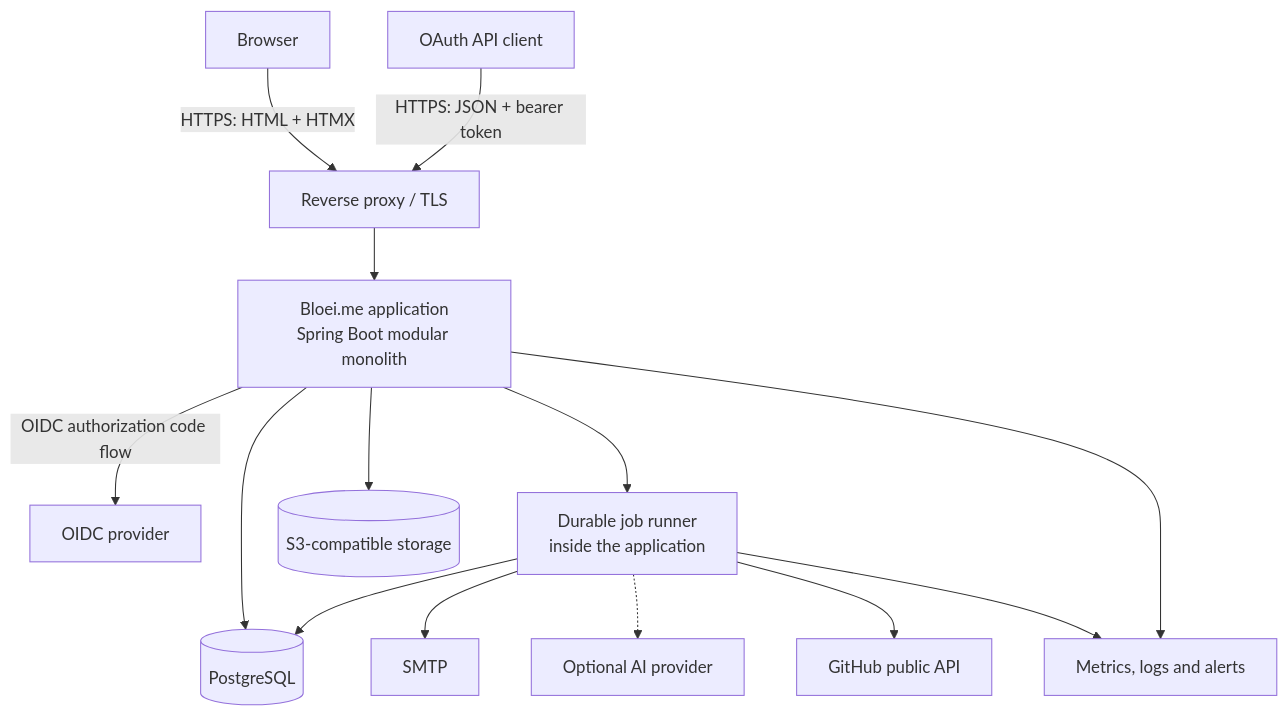
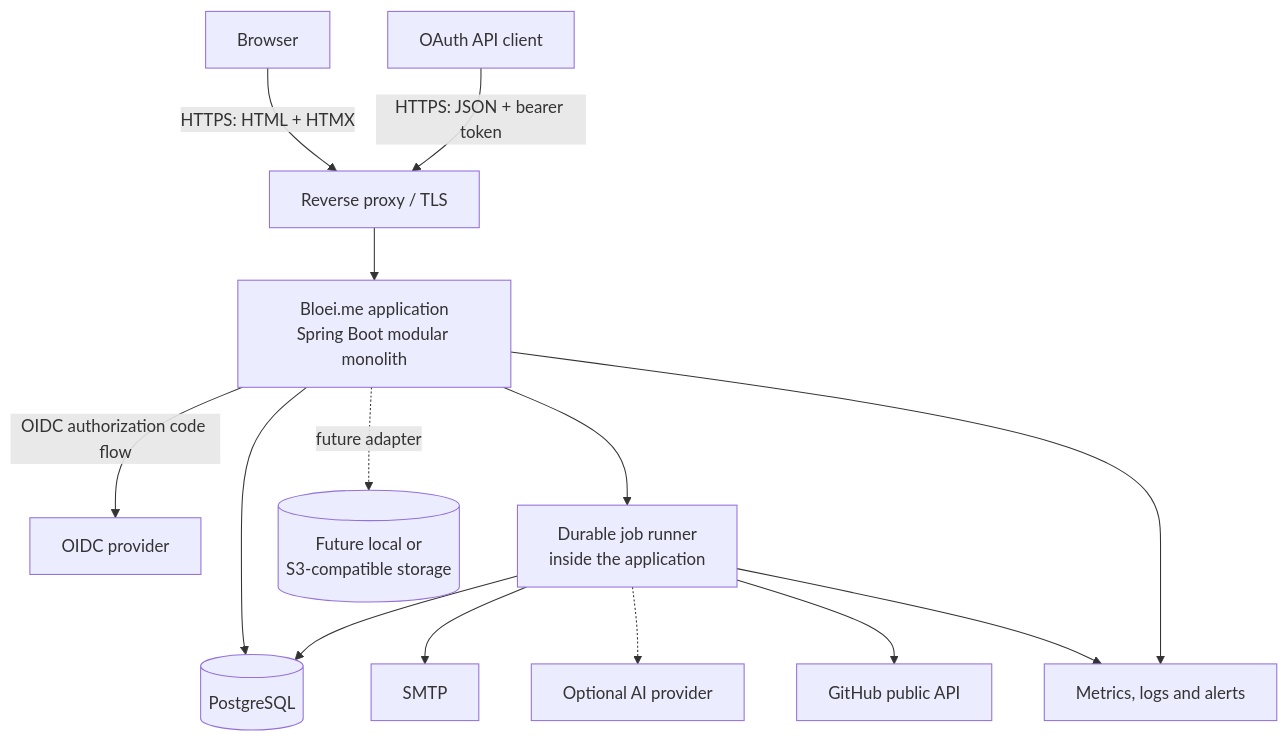
One commit to sdegroot/bloei.me changed the second of 6 diagrams in solution-architecture.md. Above: the diagram before and after it, drawn with Mermaid. The commit also changed other lines of this file and 8 other files, not shown here.

Commit message:
docs(architecture): formalize technical pilot choices

````diff
--- a/solution-architecture.md
+++ b/solution-architecture.md
@@ -98,29 +98,29 @@
 ```mermaid
 flowchart TB
     browser[Browser]
     apiClient[OAuth API client]
     proxy[Reverse proxy / TLS]
     app[Bloei.me application\nSpring Boot modular monolith]
     jobs[Durable job runner\ninside the application]
     db[(PostgreSQL)]
-    objects[(S3-compatible storage)]
+    objects[(Future local or\nS3-compatible storage)]
     oidc[OIDC provider]
     smtp[SMTP]
     ai[Optional AI provider]
     github[GitHub public API]
     obs[Metrics, logs and alerts]
 
     browser -->|HTTPS: HTML + HTMX| proxy
     apiClient -->|HTTPS: JSON + bearer token| proxy
     proxy --> app
     app -->|OIDC authorization code flow| oidc
     app --> db
-    app --> objects
+    app -.->|future adapter| objects
     app --> jobs
     jobs --> db
     jobs --> smtp
     jobs -.-> ai
     jobs --> github
     app --> obs
     jobs --> obs
 ```
````
